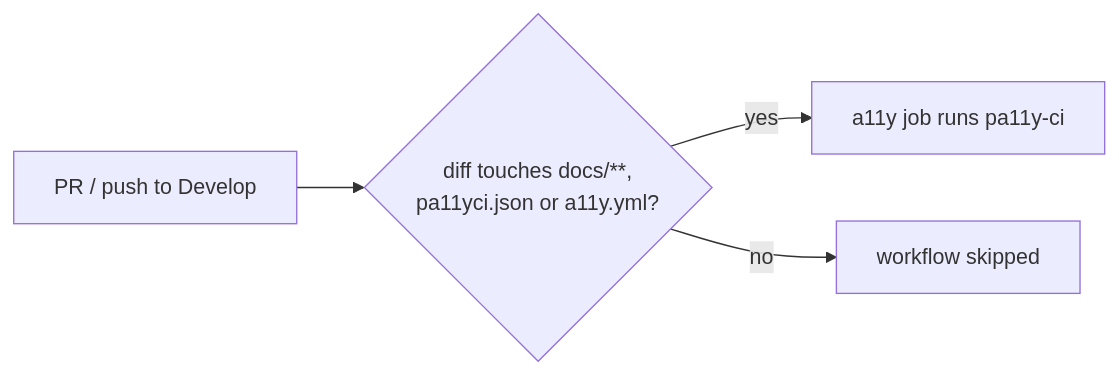
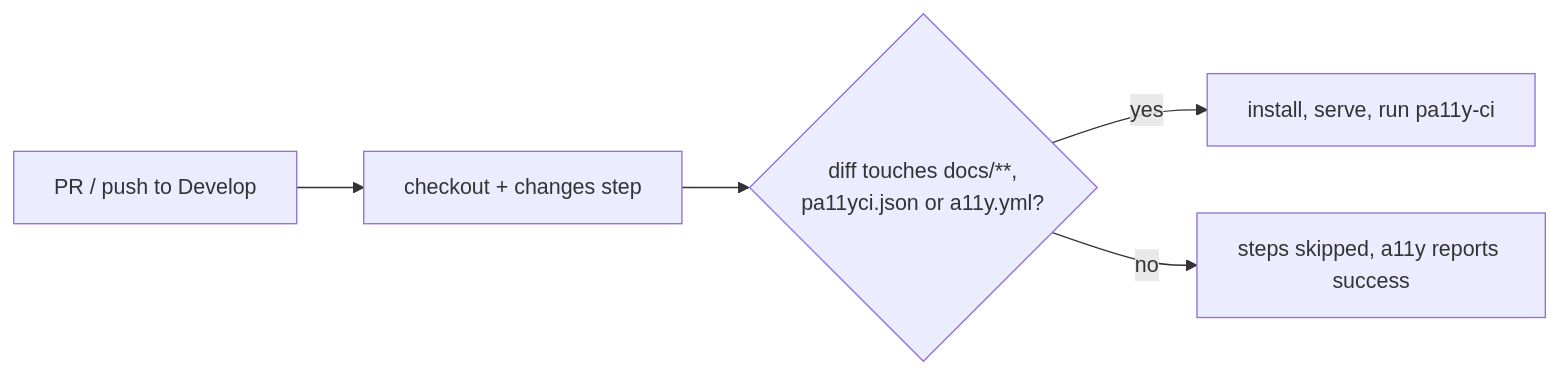
The diagram in docs/archive/pr-summaries/pr-summary-652.md (stSoftwareAU/NEAT-AI-Explore), drawn with Mermaid before and after one commit. The commit also changed other lines of this file and 3 other files, not shown here.

First line of the commit message:
Gate a11y scan inside the job, not via workflow paths (PR #656)

````diff
--- a/docs/archive/pr-summaries/pr-summary-652.md
+++ b/docs/archive/pr-summaries/pr-summary-652.md
@@ -16,6 +19,7 @@
 ```mermaid
 flowchart LR
-    PR[PR / push to Develop] --> F{diff touches docs/**,<br/>pa11yci.json or a11y.yml?}
-    F -- yes --> J[a11y job runs pa11y-ci]
-    F -- no --> S[workflow skipped]
+    PR[PR / push to Develop] --> C[checkout + changes step]
+    C --> F{diff touches docs/**,<br/>pa11yci.json or a11y.yml?}
+    F -- yes --> J[install, serve, run pa11y-ci]
+    F -- no --> S[steps skipped, a11y reports success]
 ```
````
